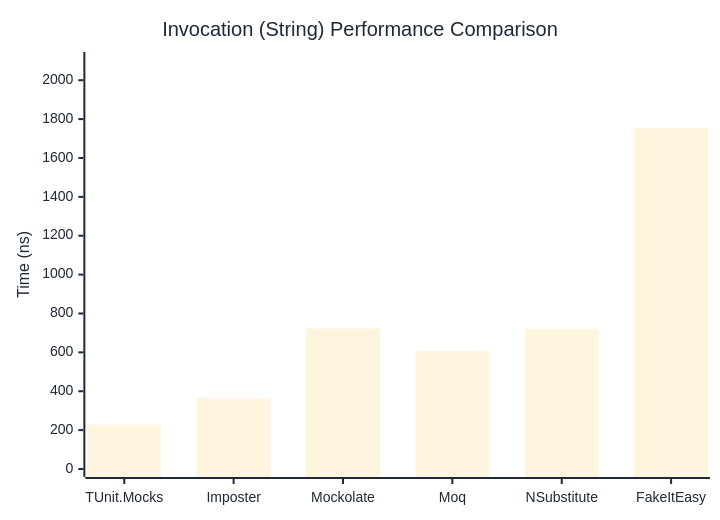
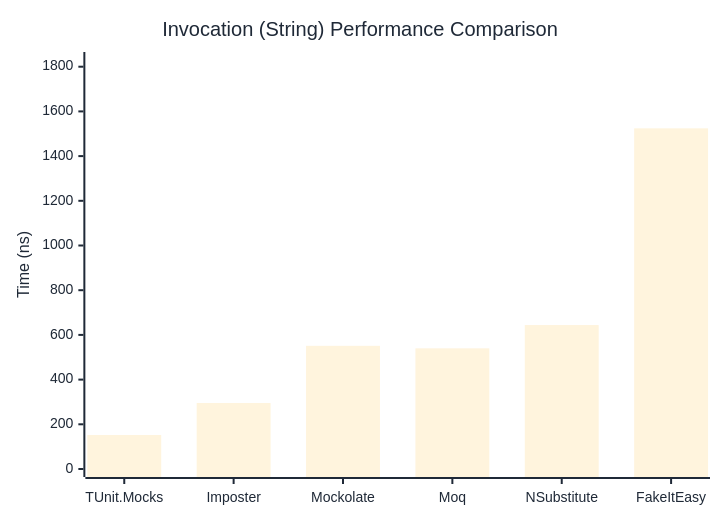
The second of 3 diagrams in docs/docs/benchmarks/mocks/Invocation.md (thomhurst/TUnit), drawn with Mermaid before and after one commit. The commit also changed other lines of this file and 14 other files, not shown here.

````diff
--- a/docs/docs/benchmarks/mocks/Invocation.md
+++ b/docs/docs/benchmarks/mocks/Invocation.md
@@ -69,27 +69,27 @@
 ```mermaid
 %%{init: {
   'theme':'base',
   'themeVariables': {
     'primaryColor': '#2563eb',
     'primaryTextColor': '#1f2937',
     'primaryBorderColor': '#1e40af',
     'lineColor': '#6b7280',
     'secondaryColor': '#7c3aed',
     'tertiaryColor': '#dc2626',
     'background': '#ffffff',
     'pie1': '#2563eb',
     'pie2': '#7c3aed',
     'pie3': '#dc2626',
     'pie4': '#f59e0b',
     'pie5': '#10b981',
     'pie6': '#06b6d4',
     'pie7': '#ec4899',
     'pie8': '#6366f1'
   }
 }}%%
 xychart-beta
   title "Invocation (String) Performance Comparison"
   x-axis ["TUnit.Mocks", "Imposter", "Mockolate", "Moq", "NSubstitute", "FakeItEasy"]
-  y-axis "Time (ns)" 0 --> 2104
-  bar [227.7, 364, 722.7, 608.3, 720.7, 1753.1]
+  y-axis "Time (ns)" 0 --> 1830
+  bar [152.2, 295.2, 551.2, 539.9, 644.1, 1524.2]
 ```
````
